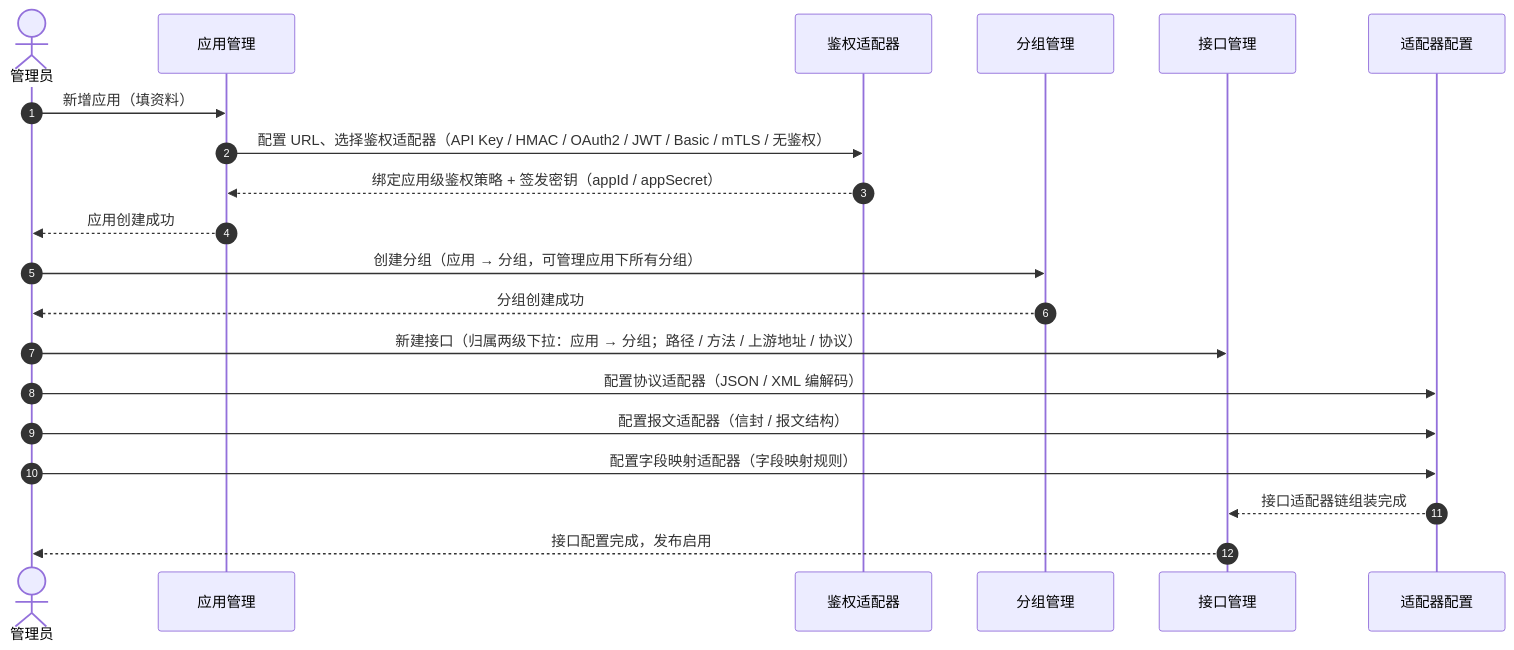
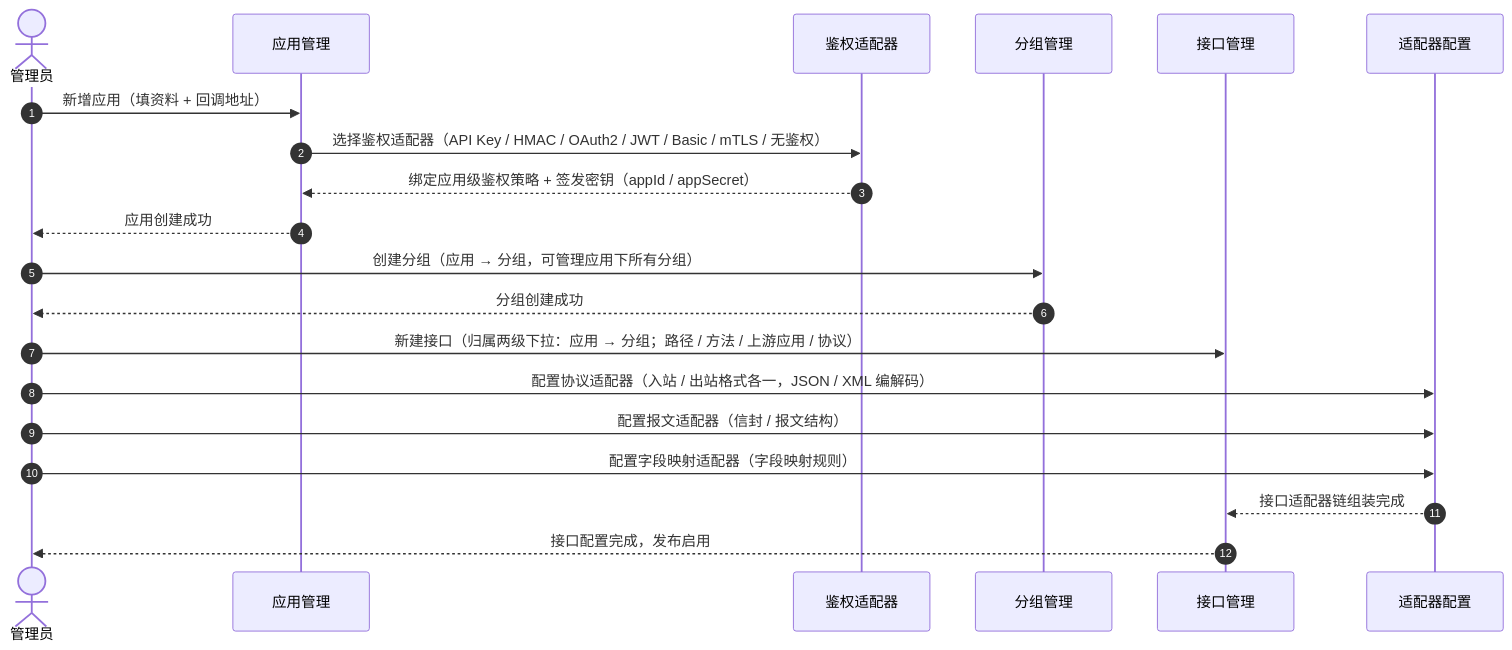
The first of 4 diagrams in src/main/resources/doc/API中心时序图与流程图.md (HelloWorldKing1/apicenter), drawn with Mermaid before and after one commit. The commit also changed other lines of this file and 2 other files, not shown here.

````diff
--- a/src/main/resources/doc/API中心时序图与流程图.md
+++ b/src/main/resources/doc/API中心时序图与流程图.md
@@ -7,23 +7,23 @@
 ```mermaid
 sequenceDiagram
     autonumber
     actor 管理员 as 管理员
     participant App as 应用管理
     participant Auth as 鉴权适配器
     participant Grp as 分组管理
     participant Api as 接口管理
     participant Adp as 适配器配置
 
-    管理员->>App: 新增应用（填资料）
-    App->>Auth: 配置 URL、选择鉴权适配器（API Key / HMAC / OAuth2 / JWT / Basic / mTLS / 无鉴权）
+    管理员->>App: 新增应用（填资料 + 回调地址）
+    App->>Auth: 选择鉴权适配器（API Key / HMAC / OAuth2 / JWT / Basic / mTLS / 无鉴权）
     Auth-->>App: 绑定应用级鉴权策略 + 签发密钥（appId / appSecret）
     App-->>管理员: 应用创建成功
     管理员->>Grp: 创建分组（应用 → 分组，可管理应用下所有分组）
     Grp-->>管理员: 分组创建成功
-    管理员->>Api: 新建接口（归属两级下拉：应用 → 分组；路径 / 方法 / 上游地址 / 协议）
-    管理员->>Adp: 配置协议适配器（JSON / XML 编解码）
+    管理员->>Api: 新建接口（归属两级下拉：应用 → 分组；路径 / 方法 / 上游应用 / 协议）
+    管理员->>Adp: 配置协议适配器（入站 / 出站格式各一，JSON / XML 编解码）
     管理员->>Adp: 配置报文适配器（信封 / 报文结构）
     管理员->>Adp: 配置字段映射适配器（字段映射规则）
     Adp-->>Api: 接口适配器链组装完成
     Api-->>管理员: 接口配置完成，发布启用
 ```
````
